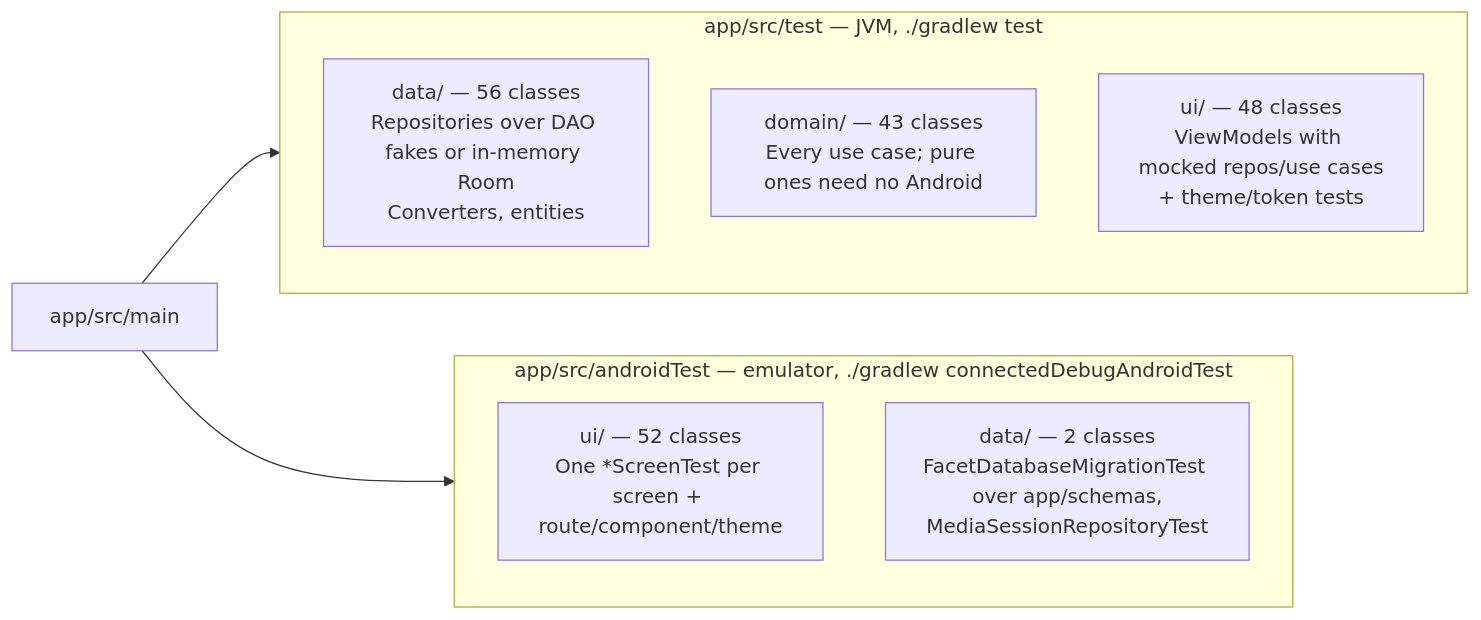
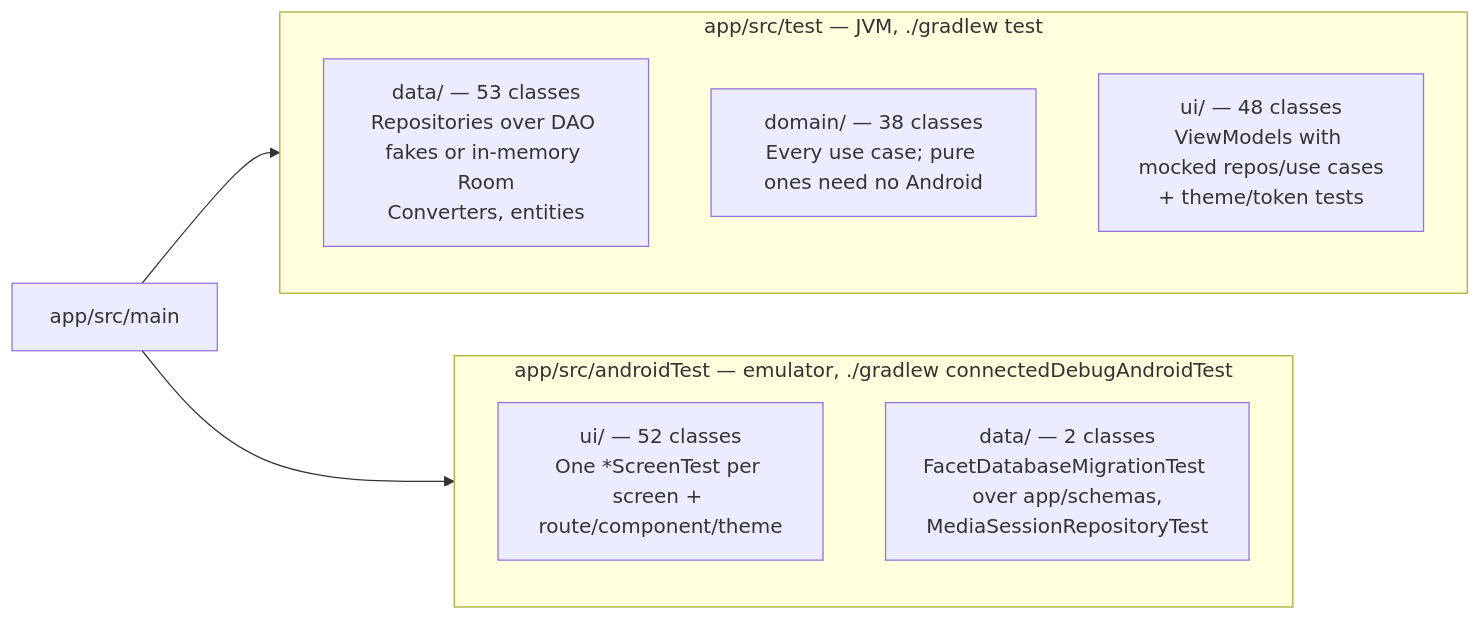
The diagram in docs/architecture/06-testing.md (rohitganjam/facet-launcher), drawn with Mermaid before and after one commit. The commit also changed other lines of this file and 113 other files, not shown here.

````diff
--- a/docs/architecture/06-testing.md
+++ b/docs/architecture/06-testing.md
@@ -13,16 +13,16 @@
 ```mermaid
 flowchart LR
     subgraph UNIT["app/src/test — JVM, ./gradlew test"]
         direction TB
-        U1["data/ — 56 classes\nRepositories over DAO fakes or in-memory Room\nConverters, entities"]
-        U2["domain/ — 43 classes\nEvery use case; pure ones need no Android"]
+        U1["data/ — 53 classes\nRepositories over DAO fakes or in-memory Room\nConverters, entities"]
+        U2["domain/ — 38 classes\nEvery use case; pure ones need no Android"]
         U3["ui/ — 48 classes\nViewModels with mocked repos/use cases\n+ theme/token tests"]
     end
     subgraph INST["app/src/androidTest — emulator, ./gradlew connectedDebugAndroidTest"]
         direction TB
         I1["ui/ — 52 classes\nOne *ScreenTest per screen + route/component/theme"]
         I2["data/ — 2 classes\nFacetDatabaseMigrationTest over app/schemas,\nMediaSessionRepositoryTest"]
     end
     CODE["app/src/main"] --> UNIT
     CODE --> INST
 ```
````
